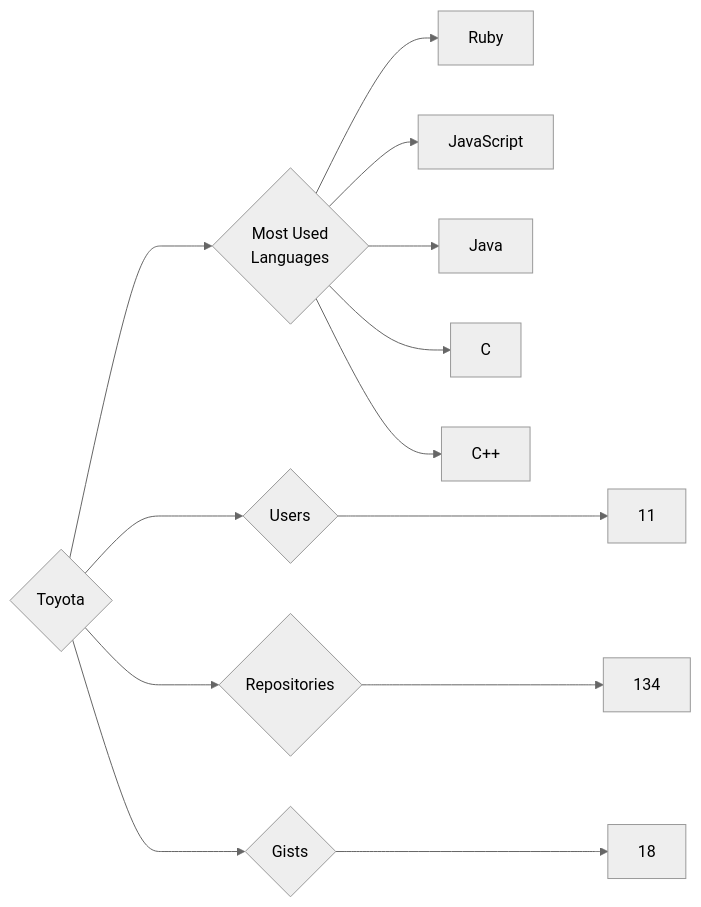
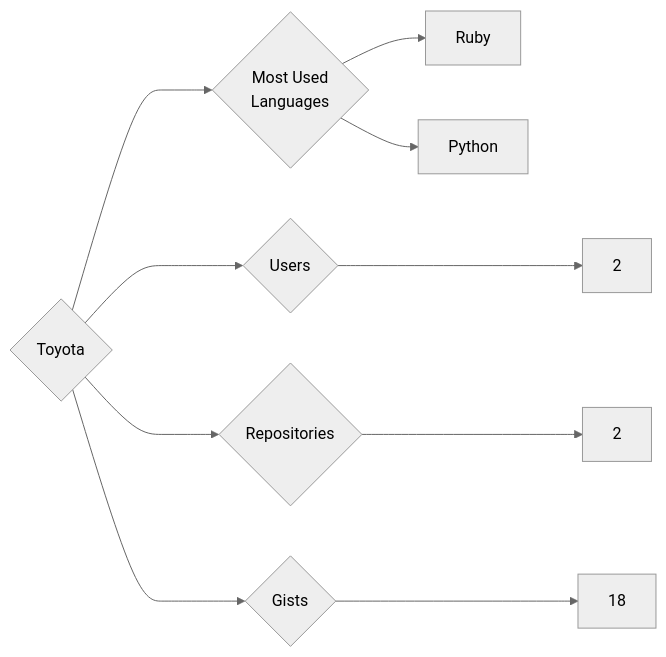
Before and after one commit to trickest/insiders: the diagram in targets/Toyota/README.md, drawn with Mermaid (neutral theme). The commit also changed 1248 other files, not shown here.

````diff
--- a/targets/Toyota/README.md
+++ b/targets/Toyota/README.md
@@ -3,13 +3,10 @@
 ```mermaid
 graph LR
 COMPANY_NAME{Toyota}
-COMPANY_NAME ---> U{Users} ---> UN[11]
-COMPANY_NAME ---> R{Repositories} ---> RN[134]
+COMPANY_NAME ---> U{Users} ---> UN[2]
+COMPANY_NAME ---> R{Repositories} ---> RN[2]
 COMPANY_NAME ---> G{Gists} ---> GN[18]
 COMPANY_NAME ---> ML{Most Used<br>Languages}
 ML --> Ruby[Ruby]
-ML --> JavaScript[JavaScript]
-ML --> Java[Java]
-ML --> C[C]
-ML --> C++[C++]
+ML --> Python[Python]
 ```
````
